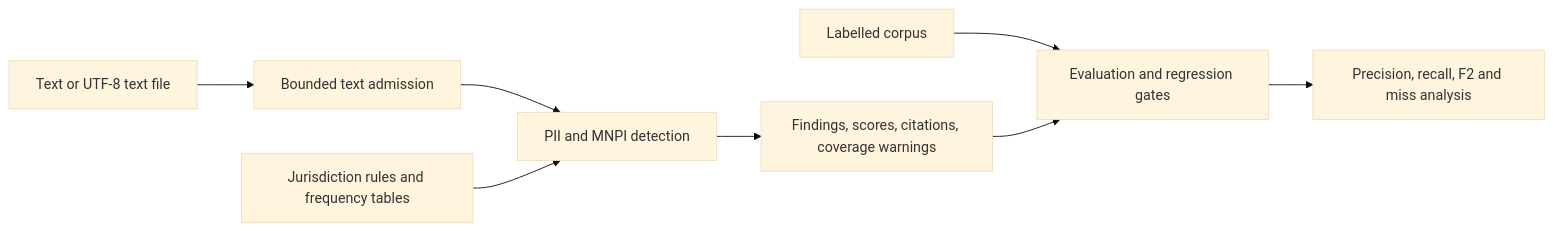
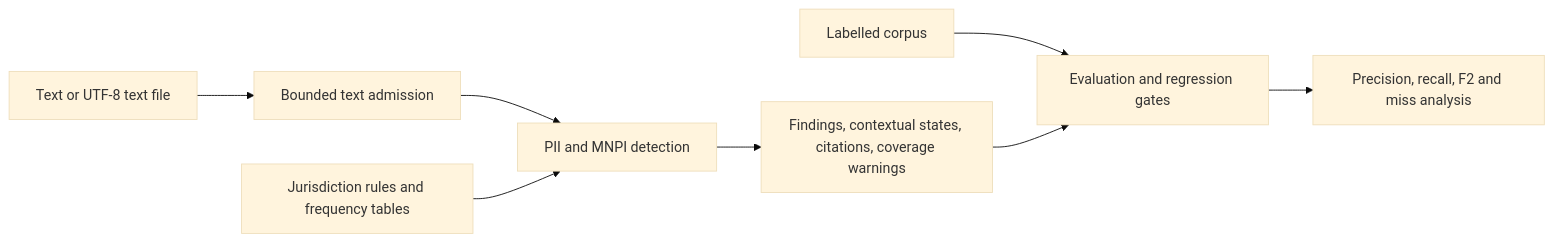
Before and after one commit to gongahkia/junas: the diagram in ARCHITECTURE.md, drawn with Mermaid (base theme). The commit also changed other lines of this file and 26 other files, not shown here.

````diff
--- a/ARCHITECTURE.md
+++ b/ARCHITECTURE.md
@@ -5,10 +5,10 @@
 ```mermaid
 flowchart LR
     Input[Text or UTF-8 text file] --> Admission[Bounded text admission]
     Admission --> Engine[PII and MNPI detection]
     Rules[Jurisdiction rules and frequency tables] --> Engine
-    Engine --> Result[Findings, scores, citations, coverage warnings]
+    Engine --> Result[Findings, contextual states, citations, coverage warnings]
     Fixtures[Labelled corpus] --> Eval[Evaluation and regression gates]
     Result --> Eval
     Eval --> Reports[Precision, recall, F2 and miss analysis]
 ```
````
